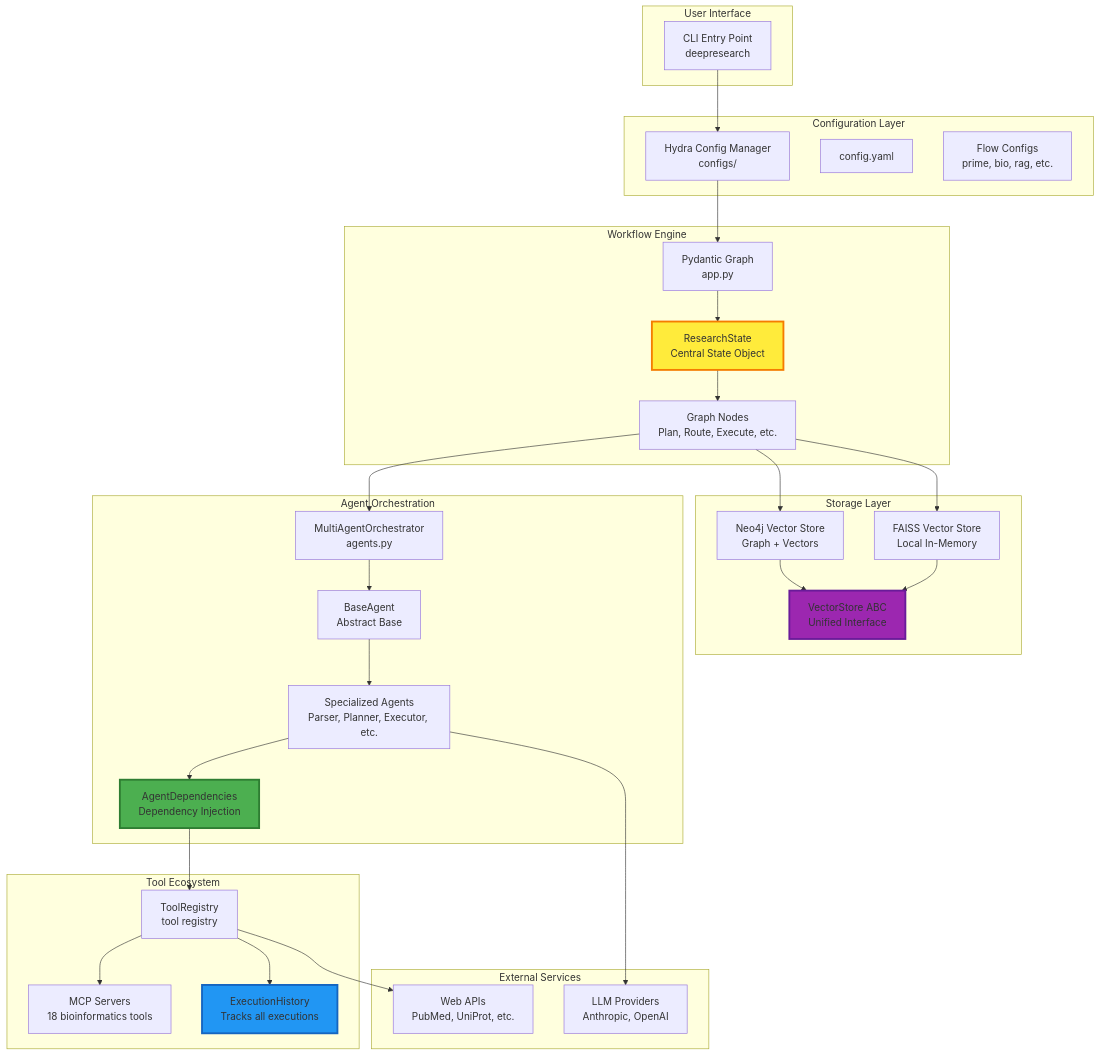
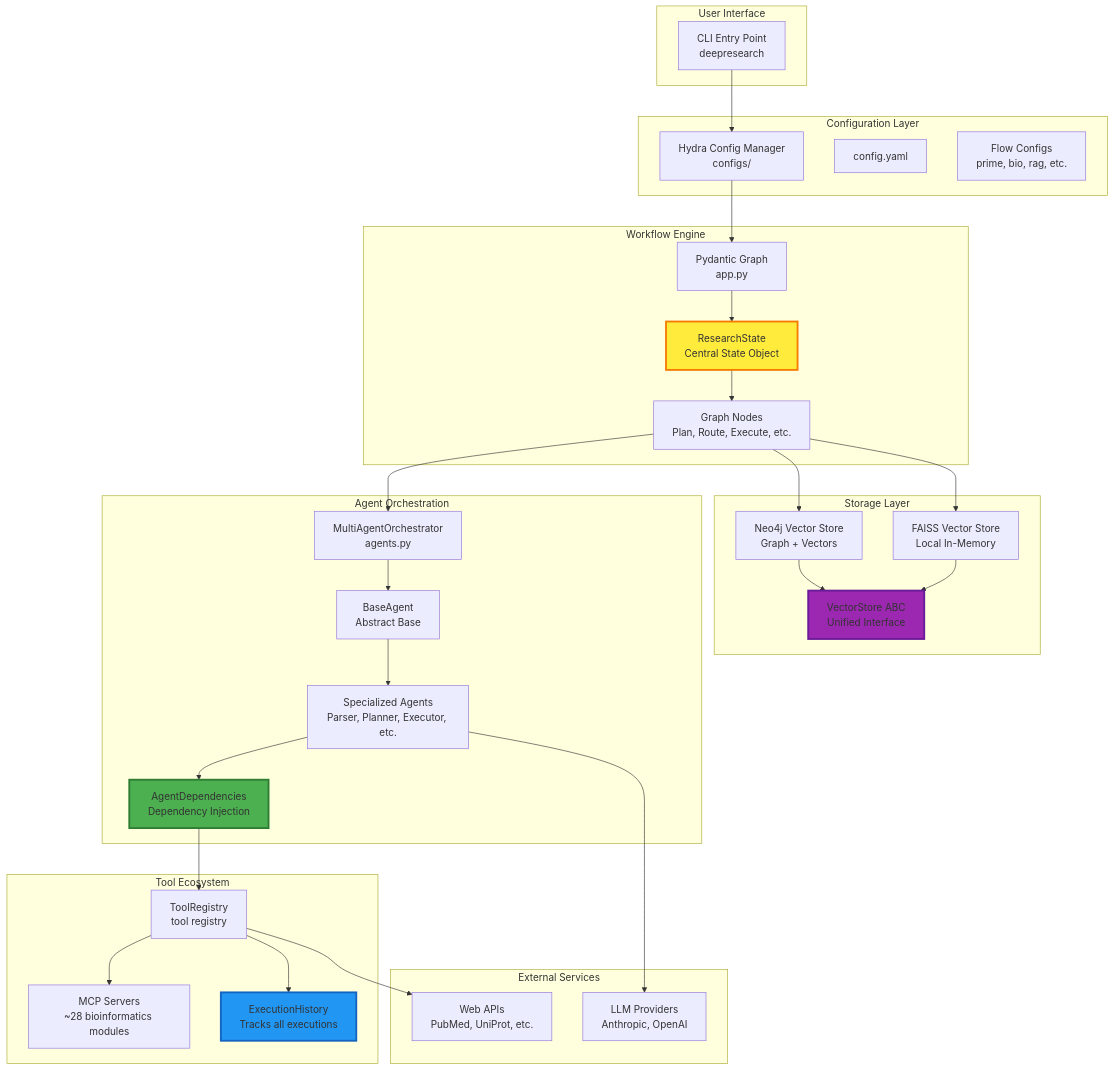
The first of 5 diagrams in memory_specs/PHASE_1_BASELINE_FOUNDATION.md (The-Obstacle-Is-The-Way/DeepCritical), drawn with Mermaid before and after one commit. The commit also changed other lines of this file, not shown here.

First line of the commit message:
refactor: update Phase 1 Baseline Foundation Spec with enhanced bioinformatics server details and vector store methods

````diff
--- a/memory_specs/PHASE_1_BASELINE_FOUNDATION.md
+++ b/memory_specs/PHASE_1_BASELINE_FOUNDATION.md
@@ -51,65 +51,65 @@
 ```mermaid
 graph TB
     subgraph "User Interface"
         CLI[CLI Entry Point<br/>deepresearch]
     end
 
     subgraph "Configuration Layer"
         Hydra[Hydra Config Manager<br/>configs/]
         ConfigYAML[config.yaml]
         FlowConfigs[Flow Configs<br/>prime, bio, rag, etc.]
     end
 
     subgraph "Workflow Engine"
         PGraph[Pydantic Graph<br/>app.py]
         ResearchState[ResearchState<br/>Central State Object]
         Nodes[Graph Nodes<br/>Plan, Route, Execute, etc.]
     end
 
     subgraph "Agent Orchestration"
         MultiAgent[MultiAgentOrchestrator<br/>agents.py]
         BaseAgent[BaseAgent<br/>Abstract Base]
         SpecializedAgents[Specialized Agents<br/>Parser, Planner, Executor, etc.]
         AgentDeps[AgentDependencies<br/>Dependency Injection]
     end
 
     subgraph "Tool Ecosystem"
         ToolRegistry[ToolRegistry<br/>tool registry]
-        MCPServers[MCP Servers<br/>18 bioinformatics tools]
+        MCPServers[MCP Servers<br/>~28 bioinformatics modules]
         ExecHistory[ExecutionHistory<br/>Tracks all executions]
     end
 
     subgraph "Storage Layer"
         Neo4j[Neo4j Vector Store<br/>Graph + Vectors]
         FAISS[FAISS Vector Store<br/>Local In-Memory]
         VectorStoreABC[VectorStore ABC<br/>Unified Interface]
     end
 
     subgraph "External Services"
         LLM[LLM Providers<br/>Anthropic, OpenAI]
         WebAPIs[Web APIs<br/>PubMed, UniProt, etc.]
     end
 
     CLI --> Hydra
     Hydra --> PGraph
     PGraph --> ResearchState
     ResearchState --> Nodes
     Nodes --> MultiAgent
     MultiAgent --> BaseAgent
     BaseAgent --> SpecializedAgents
     SpecializedAgents --> AgentDeps
     AgentDeps --> ToolRegistry
     ToolRegistry --> MCPServers
     ToolRegistry --> ExecHistory
     SpecializedAgents --> LLM
     ToolRegistry --> WebAPIs
     Nodes --> Neo4j
     Nodes --> FAISS
     Neo4j --> VectorStoreABC
     FAISS --> VectorStoreABC
 
     style ResearchState fill:#ffeb3b,stroke:#f57c00,stroke-width:3px
     style AgentDeps fill:#4caf50,stroke:#2e7d32,stroke-width:3px
     style ExecHistory fill:#2196f3,stroke:#1565c0,stroke-width:3px
     style VectorStoreABC fill:#9c27b0,stroke:#6a1b9a,stroke-width:3px
 ```
````
